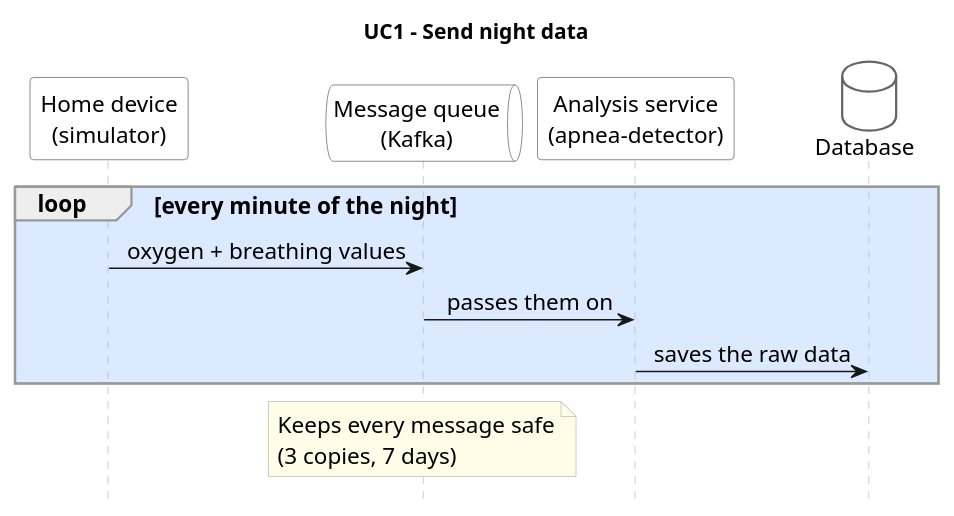
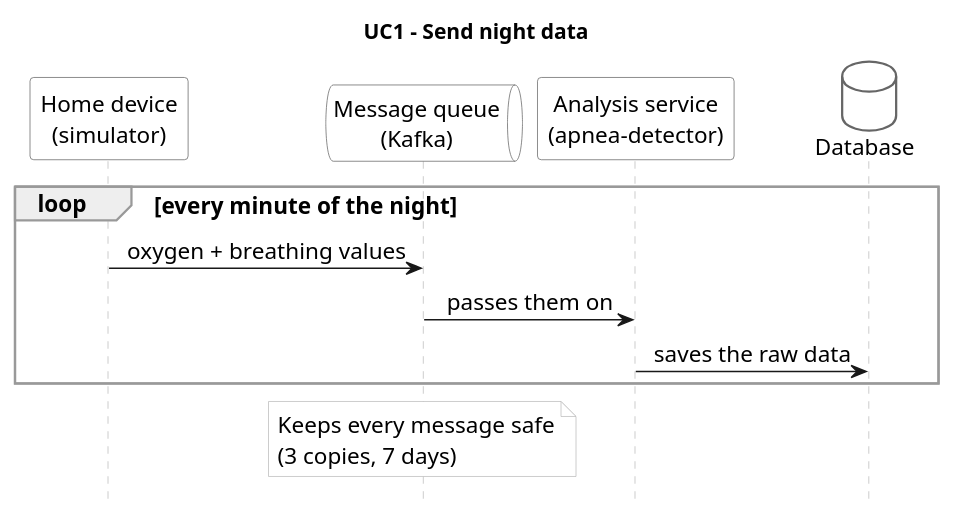
One commit to BarbaraKlimekTomatova/ACC1ILV-cloud-and-AI-infrastructure-for-sleep-apnea-detection- changed the diagram in diagrams/usecases/10.11_A_UC1-send-night-data_v1.puml. Above: the diagram before and after it, drawn with PlantUML. The commit also changed 12 other files, not shown here.

Commit message:
update usecase diagrams

```diff
--- a/diagrams/usecases/10.11_A_UC1-send-night-data_v1.puml
+++ b/diagrams/usecases/10.11_A_UC1-send-night-data_v1.puml
@@ -1,41 +1,41 @@
 @startuml UC1
 skinparam shadowing false
 skinparam defaultFontName Arial
 skinparam defaultFontSize 15
 skinparam sequenceMessageAlign center
 skinparam sequence {
   LifeLineBorderColor #BBBBBB
   ParticipantBorderColor #666666
   ParticipantBackgroundColor #FFFFFF
   ActorBorderColor #666666
   ActorBackgroundColor #FFFFFF
   GroupBorderColor #999999
 }
 skinparam database {
   BorderColor #666666
   BackgroundColor #FFFFFF
 }
 skinparam queue {
   BorderColor #666666
   BackgroundColor #FFFFFF
 }
 skinparam note {
   BorderColor #BBBBBB
-  BackgroundColor #FFFDE7
+  BackgroundColor #FFFFFF
 }
 hide footbox
 title UC1 – Send night data
 
 participant "Home device\n(simulator)" as SIM
 queue "Message queue\n(Kafka)" as K
 participant "Analysis service\n(apnea-detector)" as DET
 database "Database" as DB
 
-loop #DBEAFE every minute of the night
+loop every minute of the night
   SIM -> K : oxygen + breathing values
   K -> DET : passes them on
   DET -> DB : saves the raw data
 end
 
 note over K : Keeps every message safe\n(3 copies, 7 days)
 @enduml
```
